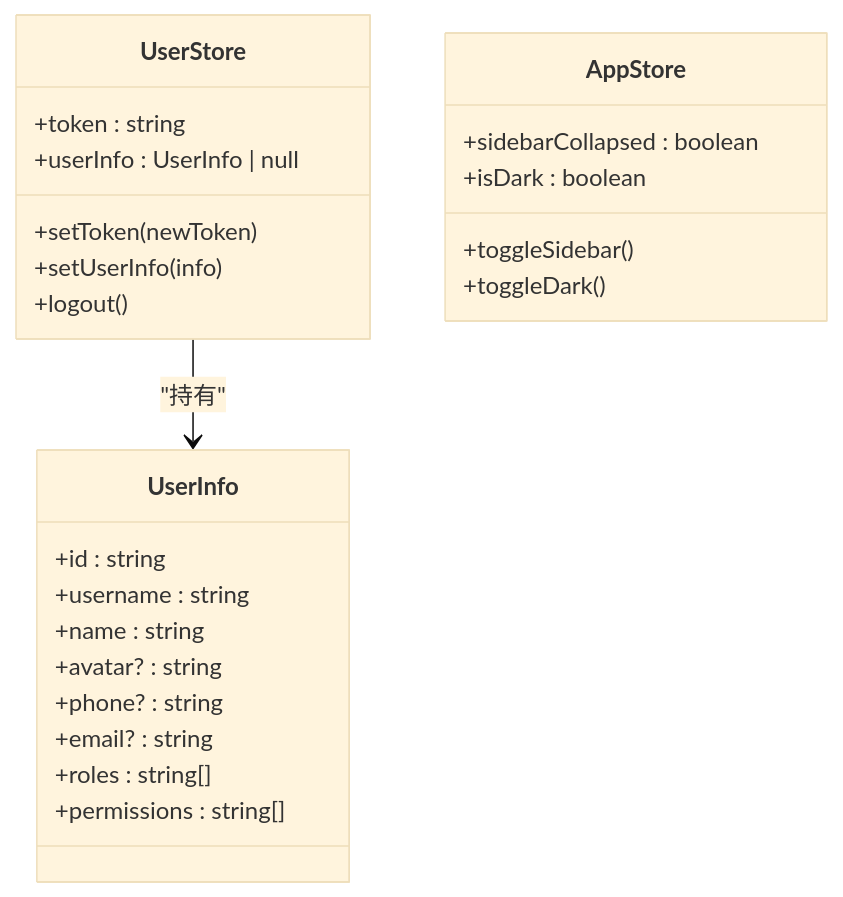
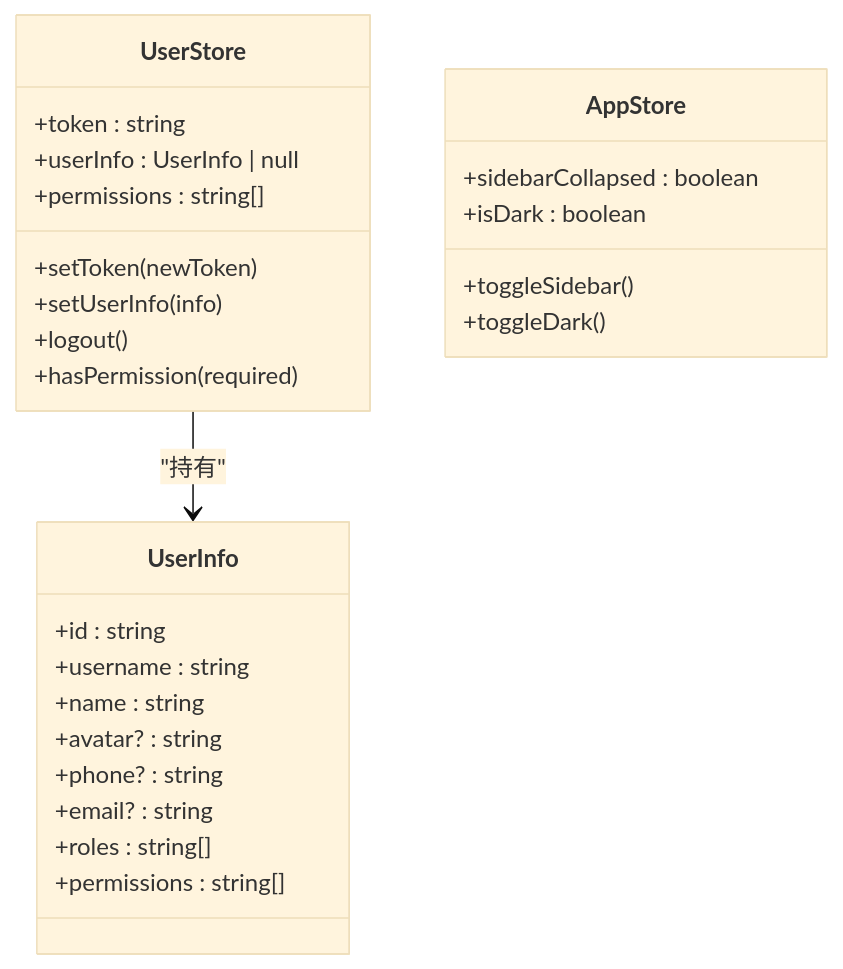
Before and after one commit to q446328246/agri-platform: the seventh of 11 diagrams in .qoder/repowiki/zh/content/前端应用文档/应用架构.md, drawn with Mermaid (base theme). The commit also changed other lines of this file and 39 other files, not shown here.

````diff
--- a/.qoder/repowiki/zh/content/前端应用文档/应用架构.md
+++ b/.qoder/repowiki/zh/content/前端应用文档/应用架构.md
@@ -221,27 +315,29 @@
 ```mermaid
 classDiagram
 class UserStore {
 +token : string
 +userInfo : UserInfo | null
++permissions : string[]
 +setToken(newToken)
 +setUserInfo(info)
 +logout()
++hasPermission(required)
 }
 class AppStore {
 +sidebarCollapsed : boolean
 +isDark : boolean
 +toggleSidebar()
 +toggleDark()
 }
 class UserInfo {
 +id : string
 +username : string
 +name : string
 +avatar? : string
 +phone? : string
 +email? : string
 +roles : string[]
 +permissions : string[]
 }
 UserStore --> UserInfo : "持有"
 ```
````
